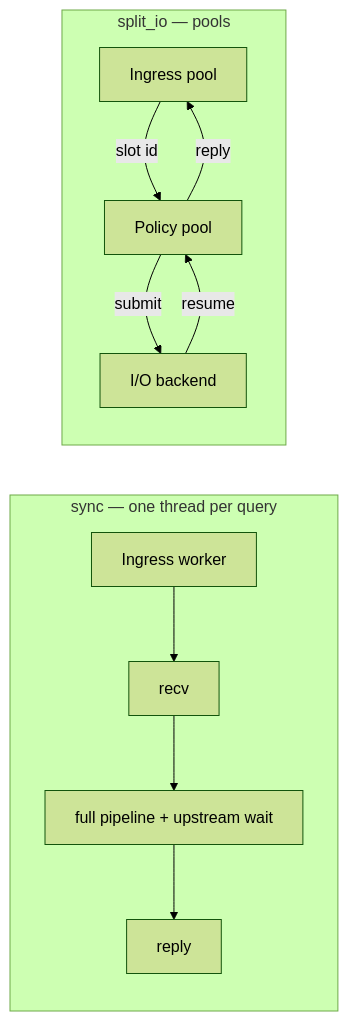
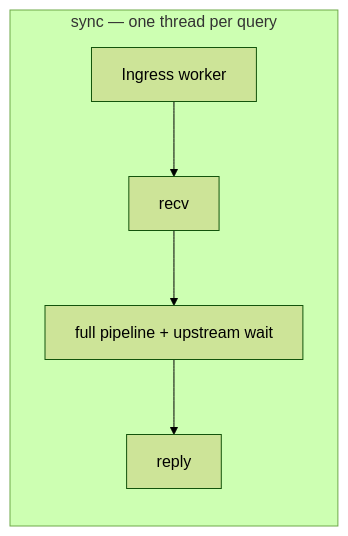
The fourth of 4 diagrams in operator-docs/docs/concepts/architecture-and-packet-path.md (egon1024/DNSConduit), drawn with Mermaid (forest theme) before and after one commit. The commit also changed other lines of this file and 6 other files, not shown here.

````diff
--- a/operator-docs/docs/concepts/architecture-and-packet-path.md
+++ b/operator-docs/docs/concepts/architecture-and-packet-path.md
@@ -269,19 +261,9 @@
 ```mermaid
 flowchart LR
   subgraph sync [sync — one thread per query]
     W[Ingress worker]
     W --> recv[recv]
     recv --> pipe[full pipeline + upstream wait]
     pipe --> send[reply]
   end
-
-  subgraph split [split_io — pools]
-    I[Ingress pool]
-    P[Policy pool]
-    IO[I/O backend]
-    I -->|slot id| P
-    P -->|submit| IO
-    IO -->|resume| P
-    P -->|reply| I
-  end
 ```
````
